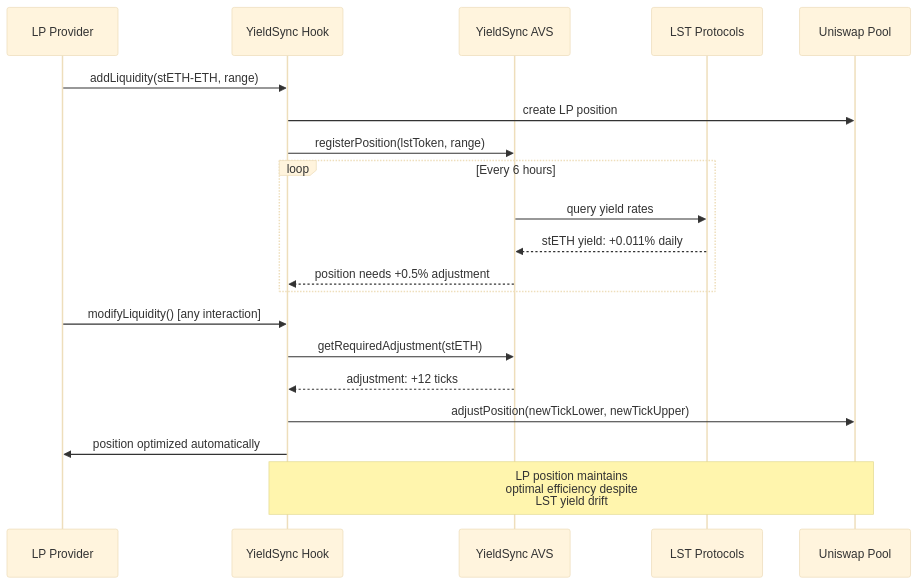
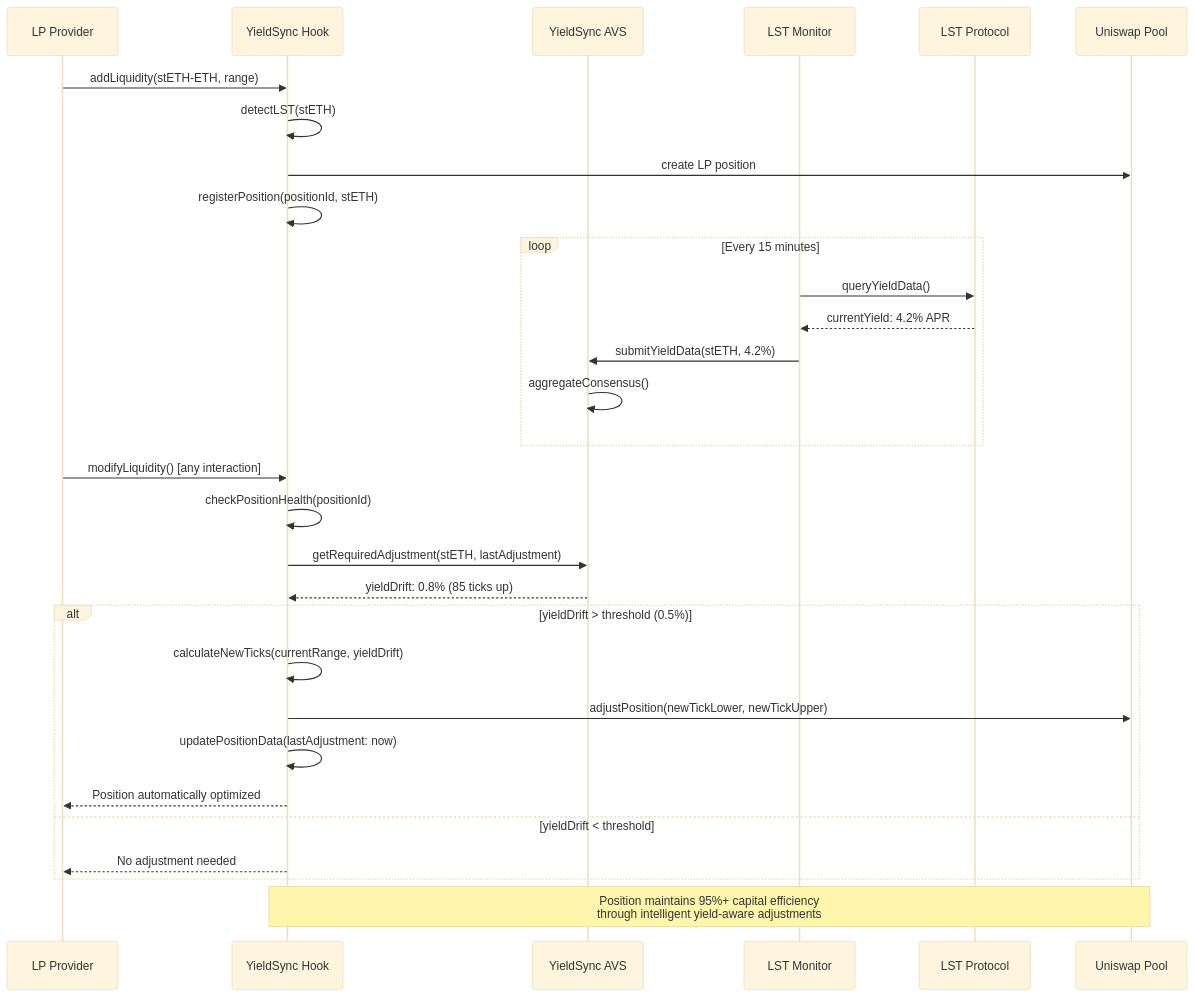
Before and after one commit to Najnomics/YieldSync-Hook: the second of 2 diagrams in README.md, drawn with Mermaid (base theme). The commit also changed other lines of this file and 10 other files, not shown here.

````diff
--- a/README.md
+++ b/README.md
@@ -78,26 +107,41 @@
 ```mermaid
 sequenceDiagram
     participant LP as LP Provider
     participant Hook as YieldSync Hook
     participant AVS as YieldSync AVS
-    participant LST as LST Protocols
+    participant Monitor as LST Monitor
+    participant Protocol as LST Protocol
     participant Pool as Uniswap Pool
     
+    %% Position Creation
     LP->>Hook: addLiquidity(stETH-ETH, range)
+    Hook->>Hook: detectLST(stETH)
     Hook->>Pool: create LP position
-    Hook->>AVS: registerPosition(lstToken, range)
+    Hook->>Hook: registerPosition(positionId, stETH)
     
-    loop Every 6 hours
-        AVS->>LST: query yield rates
-        LST-->>AVS: stETH yield: +0.011% daily
-        AVS-->>Hook: position needs +0.5% adjustment
+    %% Continuous Monitoring
+    loop Every 15 minutes
+        Monitor->>Protocol: queryYieldData()
+        Protocol-->>Monitor: currentYield: 4.2% APR
+        Monitor->>AVS: submitYieldData(stETH, 4.2%)
+        AVS->>AVS: aggregateConsensus()
     end
     
+    %% Position Interaction Trigger
     LP->>Hook: modifyLiquidity() [any interaction]
-    Hook->>AVS: getRequiredAdjustment(stETH)
-    AVS-->>Hook: adjustment: +12 ticks
-    Hook->>Pool: adjustPosition(newTickLower, newTickUpper)
-    Hook->>LP: position optimized automatically
+    Hook->>Hook: checkPositionHealth(positionId)
+    Hook->>AVS: getRequiredAdjustment(stETH, lastAdjustment)
+    AVS-->>Hook: yieldDrift: 0.8% (85 ticks up)
     
-    Note over Hook,Pool: LP position maintains<br/>optimal efficiency despite<br/>LST yield drift
+    %% Automatic Adjustment
+    alt yieldDrift > threshold (0.5%)
+        Hook->>Hook: calculateNewTicks(currentRange, yieldDrift)
+        Hook->>Pool: adjustPosition(newTickLower, newTickUpper)
+        Hook->>Hook: updatePositionData(lastAdjustment: now)
+        Hook-->>LP: Position automatically optimized
+    else yieldDrift < threshold
+        Hook-->>LP: No adjustment needed
+    end
+    
+    Note over Hook,Pool: Position maintains 95%+ capital efficiency<br/>through intelligent yield-aware adjustments
 ```
````
